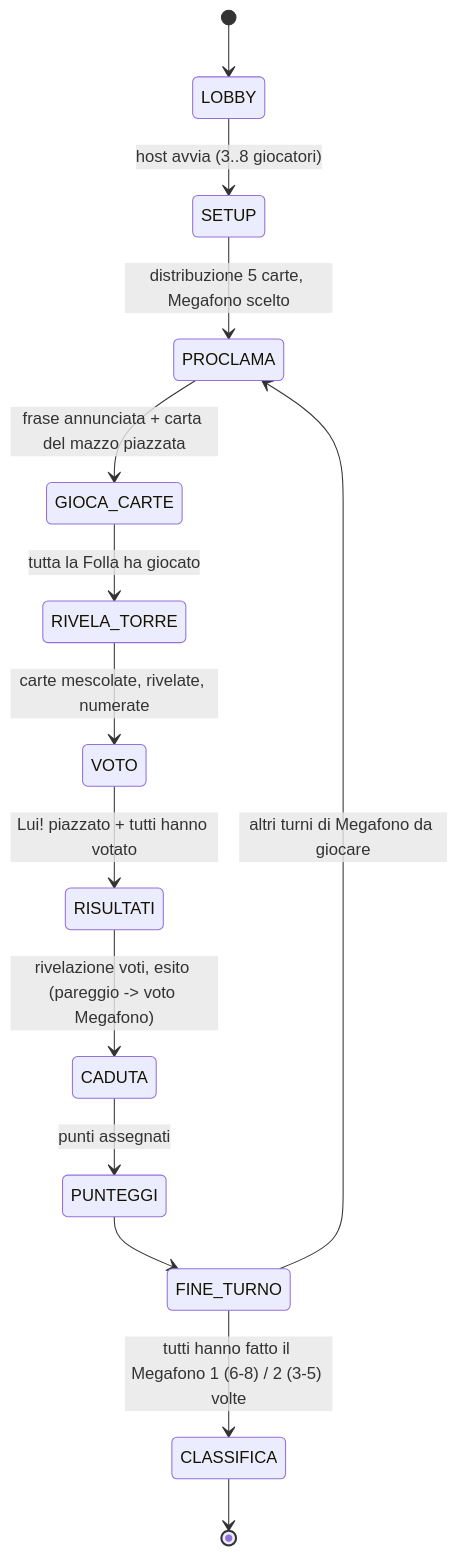
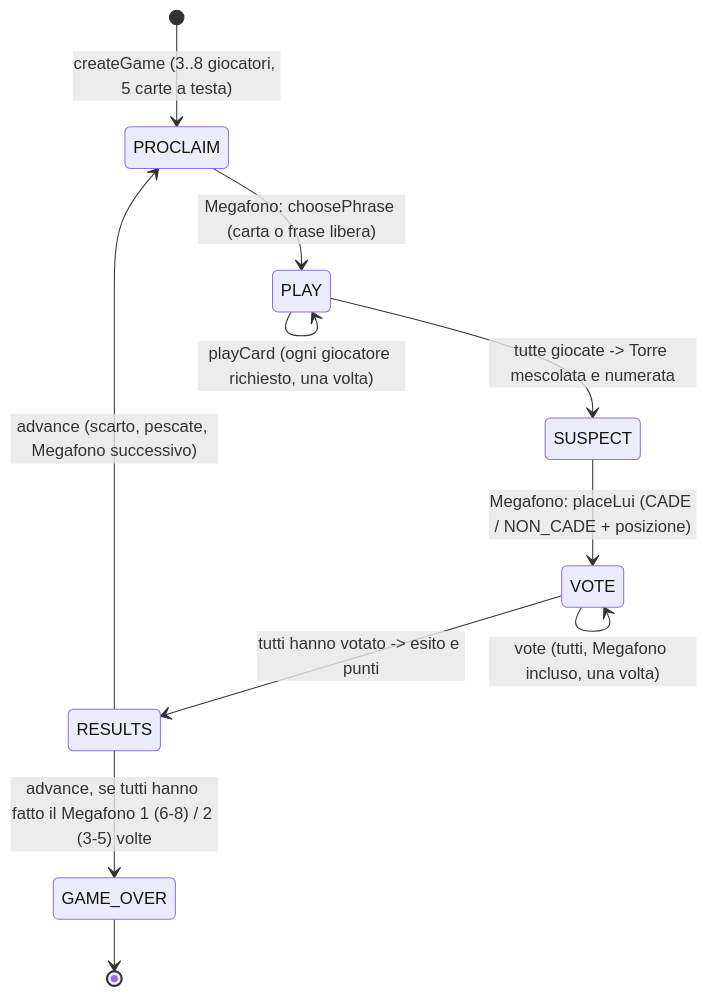
Before and after one commit to Mzungu76/giudallatorre: the diagram in docs/GAME_FLOW.md, drawn with Mermaid. The commit also changed other lines of this file and 25 other files, not shown here.

````diff
--- a/docs/GAME_FLOW.md
+++ b/docs/GAME_FLOW.md
@@ -3,16 +5,13 @@
 ```mermaid
 stateDiagram-v2
-  [*] --> LOBBY
-  LOBBY --> SETUP: host avvia (3..8 giocatori)
-  SETUP --> PROCLAMA: distribuzione 5 carte, Megafono scelto
-  PROCLAMA --> GIOCA_CARTE: frase annunciata + carta del mazzo piazzata
-  GIOCA_CARTE --> RIVELA_TORRE: tutta la Folla ha giocato
-  RIVELA_TORRE --> VOTO: carte mescolate, rivelate, numerate
-  VOTO --> RISULTATI: Lui! piazzato + tutti hanno votato
-  RISULTATI --> CADUTA: rivelazione voti, esito (pareggio -> voto Megafono)
-  CADUTA --> PUNTEGGI: punti assegnati
-  PUNTEGGI --> FINE_TURNO
-  FINE_TURNO --> PROCLAMA: altri turni di Megafono da giocare
-  FINE_TURNO --> CLASSIFICA: tutti hanno fatto il Megafono 1 (6-8) / 2 (3-5) volte
-  CLASSIFICA --> [*]
+  [*] --> PROCLAIM: createGame (3..8 giocatori, 5 carte a testa)
+  PROCLAIM --> PLAY: Megafono: choosePhrase (carta o frase libera)
+  PLAY --> PLAY: playCard (ogni giocatore richiesto, una volta)
+  PLAY --> SUSPECT: tutte giocate -> Torre mescolata e numerata
+  SUSPECT --> VOTE: Megafono: placeLui (CADE / NON_CADE + posizione)
+  VOTE --> VOTE: vote (tutti, Megafono incluso, una volta)
+  VOTE --> RESULTS: tutti hanno votato -> esito e punti
+  RESULTS --> PROCLAIM: advance (scarto, pescate, Megafono successivo)
+  RESULTS --> GAME_OVER: advance, se tutti hanno fatto il Megafono 1 (6-8) / 2 (3-5) volte
+  GAME_OVER --> [*]
 ```
````
